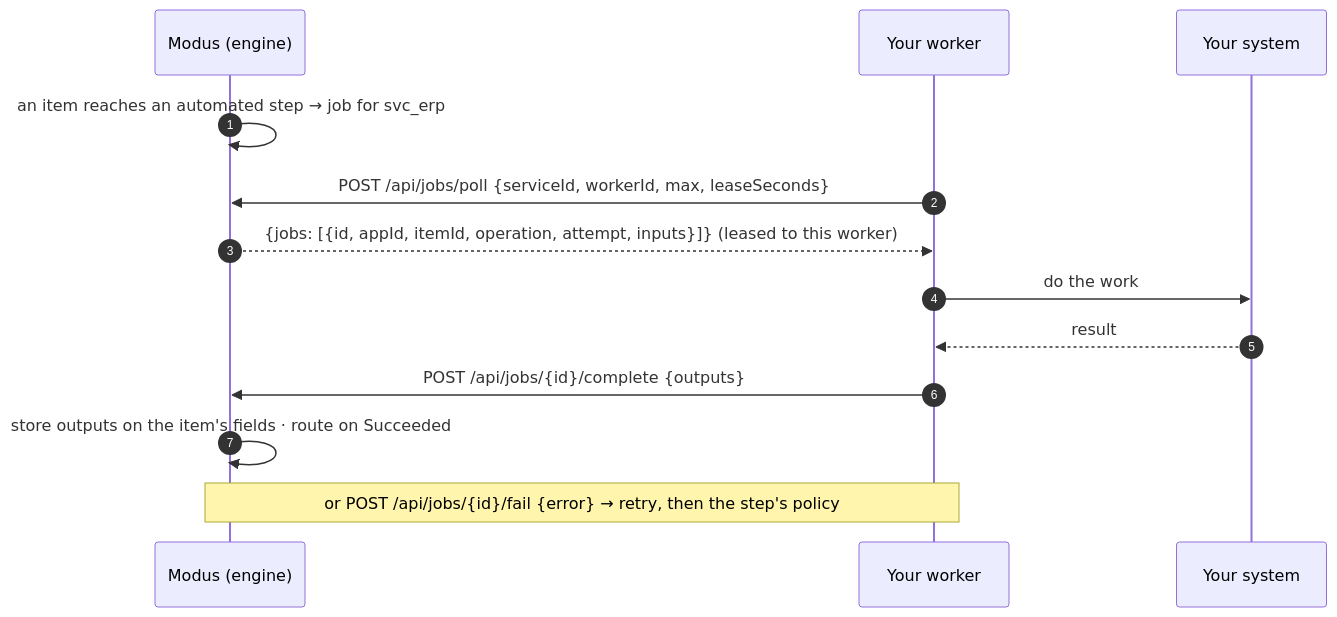
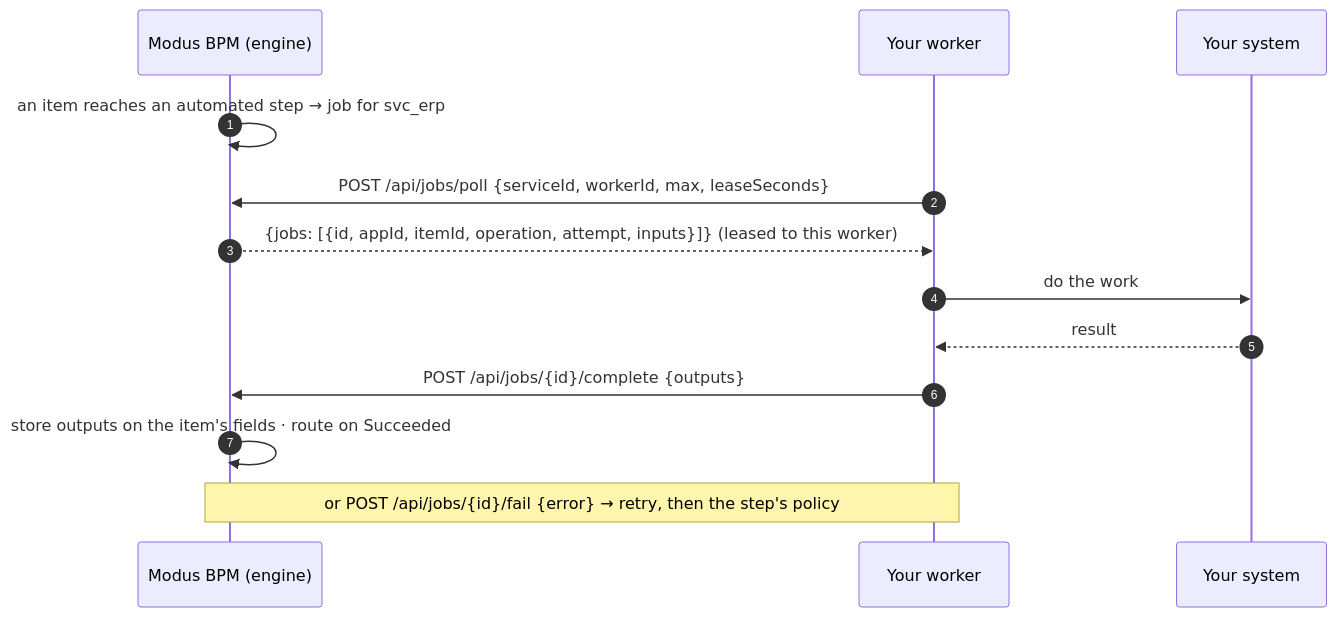
One commit to modus-bpm/modus changed the second of 3 diagrams in docs/PLATFORM-OVERVIEW.md. Above: the diagram before and after it, drawn with Mermaid. The commit also changed other lines of this file and 117 other files, not shown here.

First line of the commit message:
project: the product is called Modus BPM

````diff
--- a/docs/PLATFORM-OVERVIEW.md
+++ b/docs/PLATFORM-OVERVIEW.md
@@ -182,15 +182,15 @@
 ```mermaid
 sequenceDiagram
   autonumber
-  participant E as Modus (engine)
+  participant E as Modus BPM (engine)
   participant W as Your worker
   participant X as Your system
   E->>E: an item reaches an automated step → job for svc_erp
   W->>E: POST /api/jobs/poll {serviceId, workerId, max, leaseSeconds}
   E-->>W: {jobs: [{id, appId, itemId, operation, attempt, inputs}]} (leased to this worker)
   W->>X: do the work
   X-->>W: result
   W->>E: POST /api/jobs/{id}/complete {outputs}
   E->>E: store outputs on the item's fields · route on Succeeded
   Note over W,E: or POST /api/jobs/{id}/fail {error} → retry, then the step's policy
 ```
````
